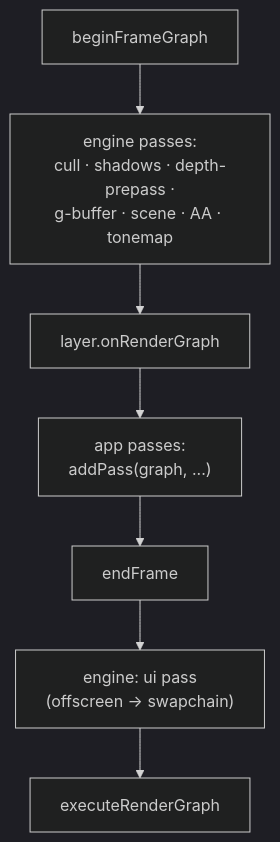
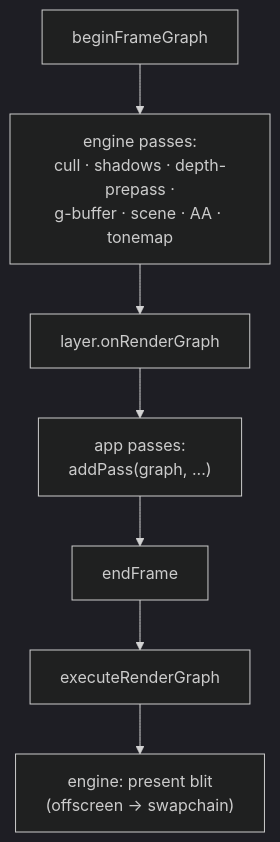
One commit to saffronjam/saffron-engine changed the diagram in docs/content/explanations/frame-and-render-graph/who-can-add-passes.md. Above: the diagram before and after it, drawn with Mermaid (dark theme). The commit also changed other lines of this file and 13 other files, not shown here.

First line of the commit message:
docs: replace ImGui with the present-blit path in the loop and graph

````diff
--- a/docs/content/explanations/frame-and-render-graph/who-can-add-passes.md
+++ b/docs/content/explanations/frame-and-render-graph/who-can-add-passes.md
@@ -40,9 +40,9 @@
 ```mermaid
 flowchart TD
     A[beginFrameGraph] --> B["engine passes:<br/>cull · shadows · depth-prepass ·<br/>g-buffer · scene · AA · tonemap"]
     B --> C[layer.onRenderGraph]
     C --> D["app passes:<br/>addPass(graph, ...)"]
     D --> E[endFrame]
-    E --> F["engine: ui pass<br/>(offscreen → swapchain)"]
-    F --> G[executeRenderGraph]
+    E --> G[executeRenderGraph]
+    G --> F["engine: present blit<br/>(offscreen → swapchain)"]
 ```
````
